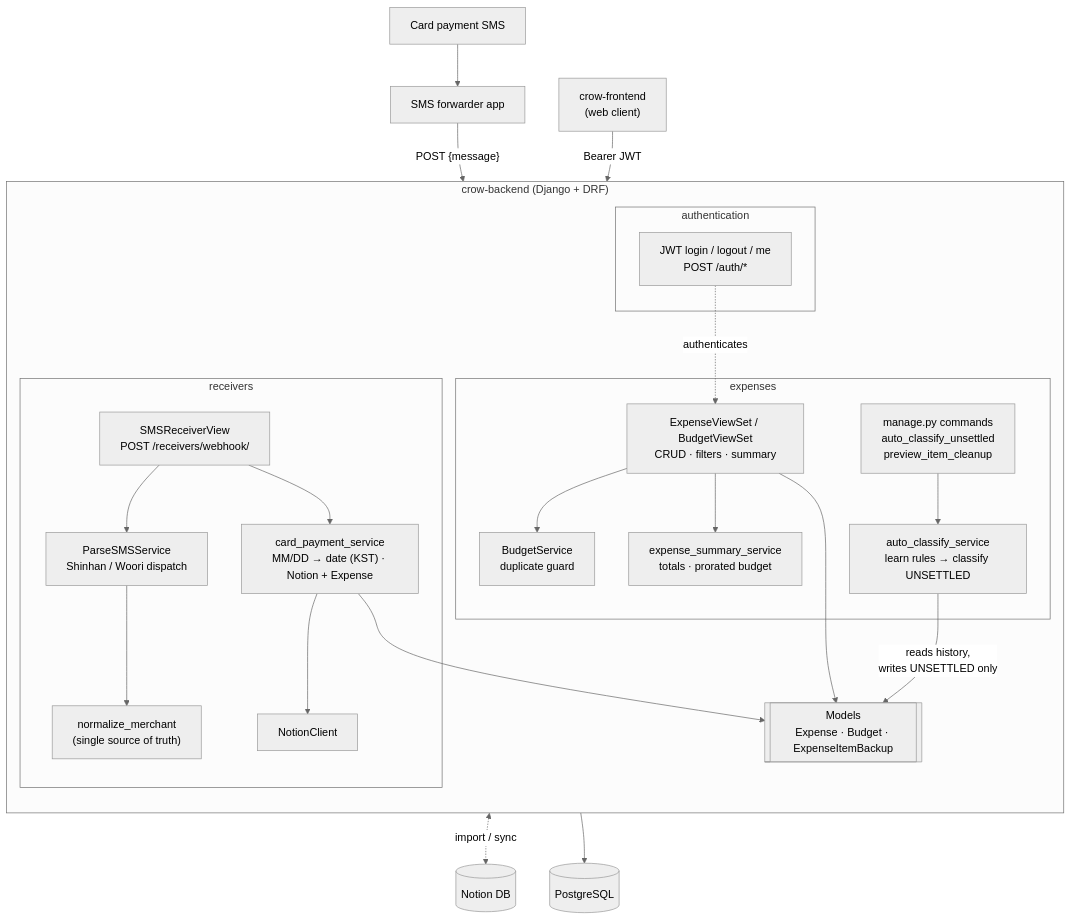
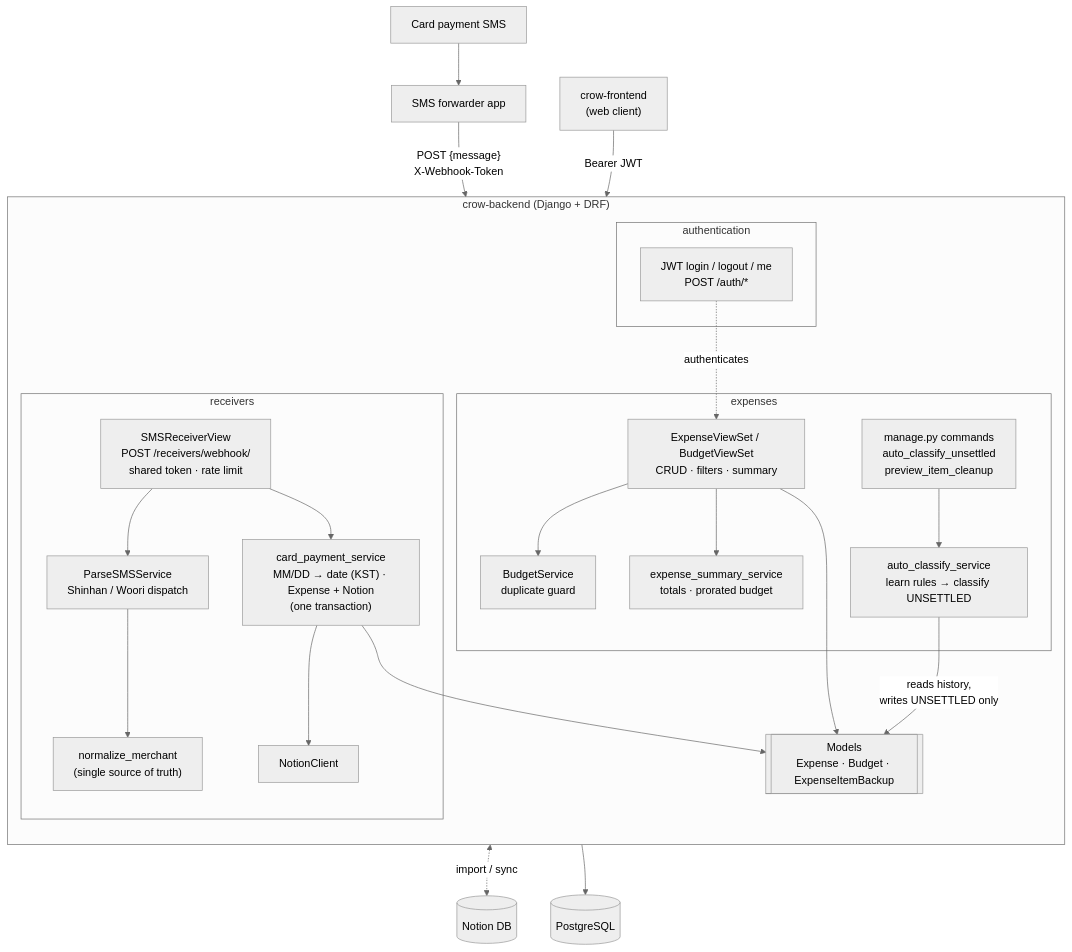
The diagram in README.md (nonasking/crow-backend), drawn with Mermaid (neutral theme) before and after one commit. The commit also changed other lines of this file and 9 other files, not shown here.

````diff
--- a/README.md
+++ b/README.md
@@ -20,46 +20,46 @@
 ```mermaid
 flowchart TB
     SMS[Card payment SMS] --> FWD[SMS forwarder app]
     FE["crow-frontend<br/>(web client)"]
 
     subgraph backend["crow-backend (Django + DRF)"]
         direction TB
 
         subgraph rcv["receivers"]
-            WH["SMSReceiverView<br/>POST /receivers/webhook/"]
+            WH["SMSReceiverView<br/>POST /receivers/webhook/<br/>shared token · rate limit"]
             PARSE["ParseSMSService<br/>Shinhan / Woori dispatch"]
             NORM["normalize_merchant<br/>(single source of truth)"]
-            REC["card_payment_service<br/>MM/DD → date (KST) · Notion + Expense"]
+            REC["card_payment_service<br/>MM/DD → date (KST) · Expense + Notion<br/>(one transaction)"]
             NC["NotionClient"]
             WH --> PARSE --> NORM
             WH --> REC --> NC
         end
 
         subgraph auth["authentication"]
             JWT["JWT login / logout / me<br/>POST /auth/*"]
         end
 
         subgraph exp["expenses"]
             API["ExpenseViewSet / BudgetViewSet<br/>CRUD · filters · summary"]
             BSVC["BudgetService<br/>duplicate guard"]
             SUM["expense_summary_service<br/>totals · prorated budget"]
             ACSVC["auto_classify_service<br/>learn rules → classify UNSETTLED"]
             CMD["manage.py commands<br/>auto_classify_unsettled<br/>preview_item_cleanup"]
             API --> BSVC
             API --> SUM
             CMD --> ACSVC
         end
 
         MODELS[["Models<br/>Expense · Budget · ExpenseItemBackup"]]
     end
 
-    FWD -- "POST {message}" --> WH
+    FWD -- "POST {message}<br/>X-Webhook-Token" --> WH
     FE -- "Bearer JWT" --> API
     JWT -. authenticates .-> API
 
     REC --> MODELS
     NC <-. "import / sync" .-> NOTION[(Notion DB)]
     API --> MODELS
     ACSVC -- "reads history,<br/>writes UNSETTLED only" --> MODELS
     MODELS --> PG[(PostgreSQL)]
 ```
````
